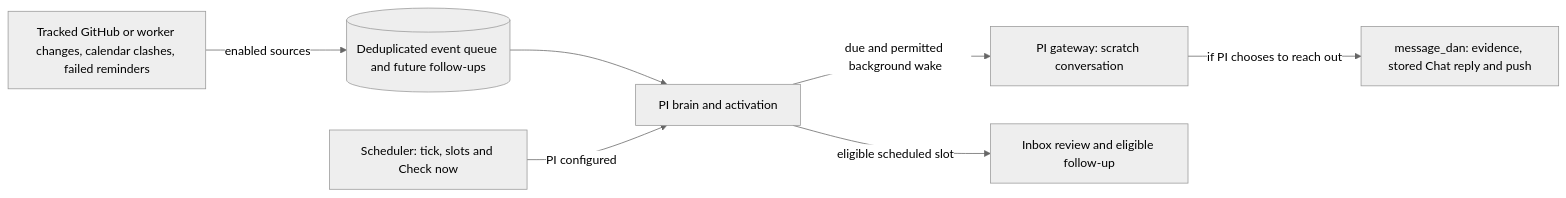
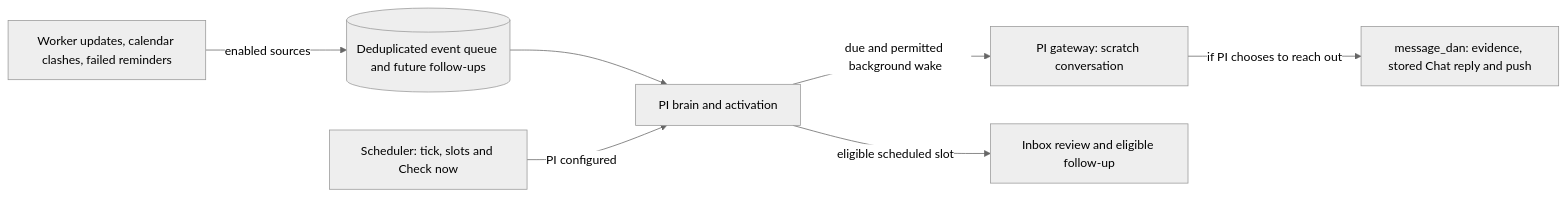
Before and after one commit to DanAakesen/jarvis: the sixth of 8 diagrams in docs/architecture.md, drawn with Mermaid (neutral theme). The commit also changed other lines of this file and 15 other files, not shown here.

First line of the commit message:
P15-213: Keep GitHub activity as proactive context only (#2098)

````diff
--- a/docs/architecture.md
+++ b/docs/architecture.md
@@ -172,15 +172,15 @@
 ```mermaid
 flowchart LR
-    EVENTS["Tracked GitHub or worker changes, calendar clashes, failed reminders"]
+    EVENTS["Worker updates, calendar clashes, failed reminders"]
     QUEUE[("Deduplicated event queue and future follow-ups")]
     SCHED["Scheduler: tick, slots and Check now"]
     BRAIN["PI brain and activation"]
     WAKE["PI gateway: scratch conversation"]
     INBOX["Inbox review and eligible follow-up"]
     DELIVERY["message_dan: evidence, stored Chat reply and push"]
     EVENTS -->|enabled sources| QUEUE --> BRAIN
     SCHED -->|PI configured| BRAIN
     BRAIN -->|eligible scheduled slot| INBOX
     BRAIN -->|due and permitted background wake| WAKE
     WAKE -->|if PI chooses to reach out| DELIVERY
 ```
````
